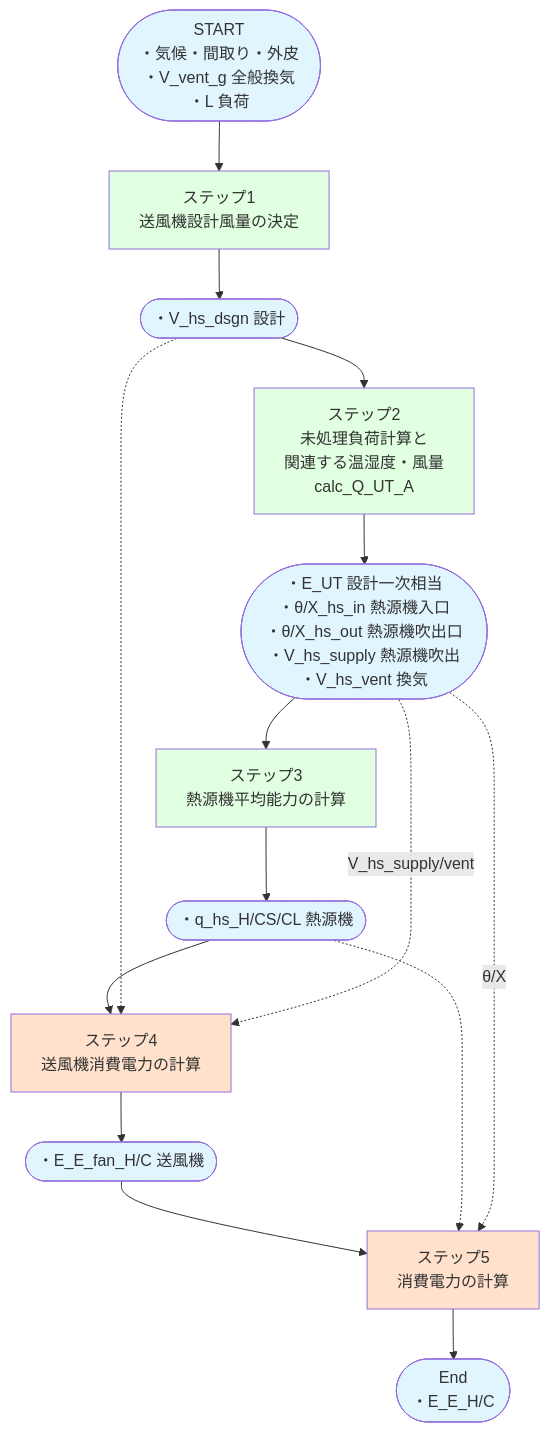
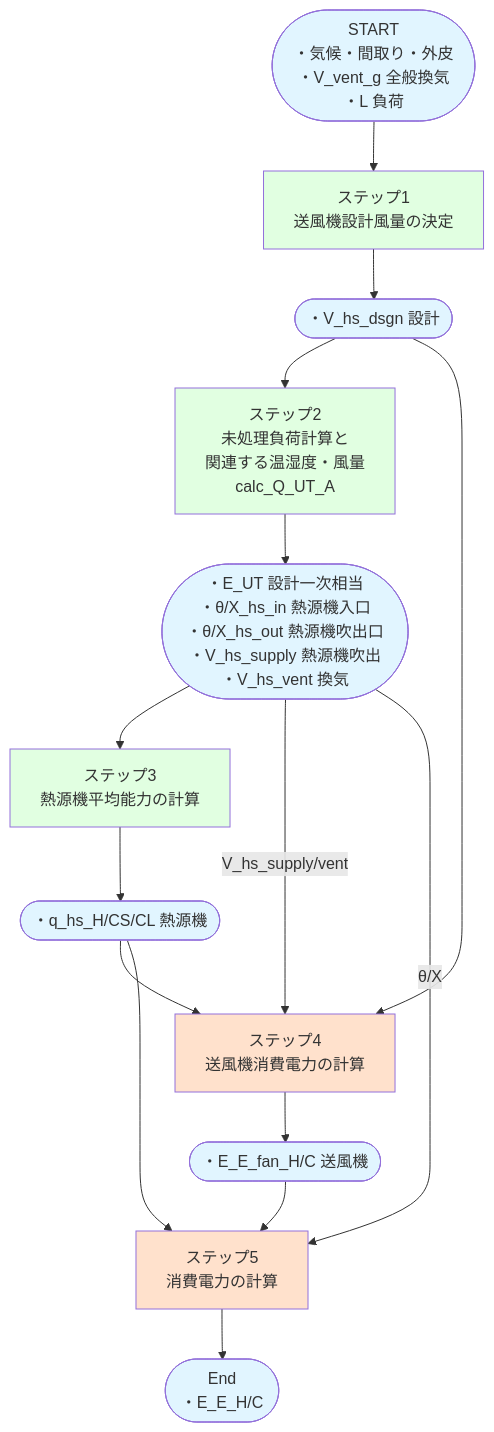
The first of 6 diagrams in docs/計算フロー_タイプ1・2.md (iguchi-lab/Verification-Platform-Next), drawn with Mermaid before and after one commit. The commit also changed other lines of this file, not shown here.

Commit message:
docs: 使用線の単純化

````diff
--- a/docs/計算フロー_タイプ1・2.md
+++ b/docs/計算フロー_タイプ1・2.md
@@ -21,40 +21,40 @@
 ```mermaid
 flowchart TD
 
 Start([START<br/>・気候・間取り・外皮<br/>・V_vent_g 全般換気<br/>・L 負荷]) --> Step1[ステップ1<br/>送風機設計風量の決定]
 
 Step1 --> V_dsgn([・V_hs_dsgn 設計])
 
 V_dsgn --> Step2[ステップ2<br/>未処理負荷計算と<br/>関連する温湿度・風量<br/>calc_Q_UT_A]
 
 Step2 --> Vars([・E_UT 設計一次相当<br/>・θ/X_hs_in 熱源機入口<br/>・θ/X_hs_out 熱源機吹出口<br/>・V_hs_supply 熱源機吹出<br/>・V_hs_vent 換気])
 
 Vars --> Step3[ステップ3<br/>熱源機平均能力の計算]
 
 Step3 --> Q_hs([・q_hs_H/CS/CL 熱源機])
 
 Q_hs --> Step4[ステップ4<br/>送風機消費電力の計算]
-V_dsgn -.-> Step4
-Vars -.V_hs_supply/vent.-> Step4
+V_dsgn --> Step4
+Vars --> |V_hs_supply/vent| Step4
 
 Step4 --> E_fan([・E_E_fan_H/C 送風機])
 
 E_fan --> Step5[ステップ5<br/>消費電力の計算]
-Q_hs -.-> Step5
-Vars -.θ/X.-> Step5
+Vars --> |θ/X| Step5
+Q_hs --> Step5
 
 Step5 --> End([End<br/>・E_E_H/C])
 
 style Step1 fill:#e1ffe1
 style Step2 fill:#e1ffe1
 style Step3 fill:#e1ffe1
 style Step4 fill:#ffe1cc
 style Step5 fill:#ffe1cc
 
 style Start fill:#e1f5ff
 style V_dsgn fill:#e1f5ff
 style Vars fill:#e1f5ff
 style Q_hs fill:#e1f5ff
 style E_fan fill:#e1f5ff
 style End fill:#e1f5ff
 ```
````
